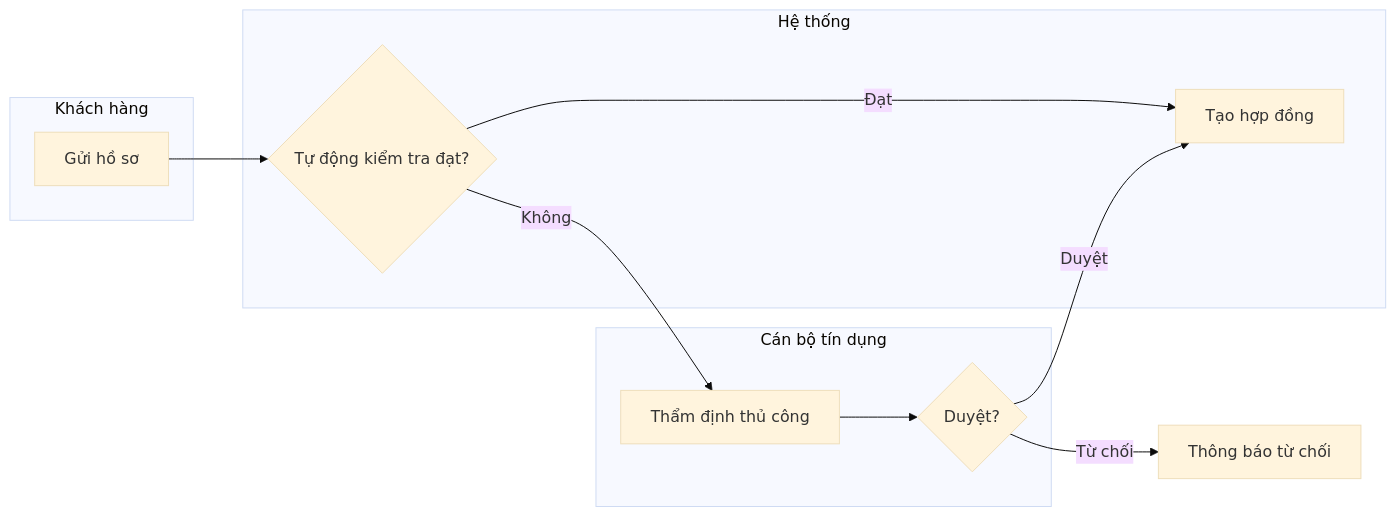
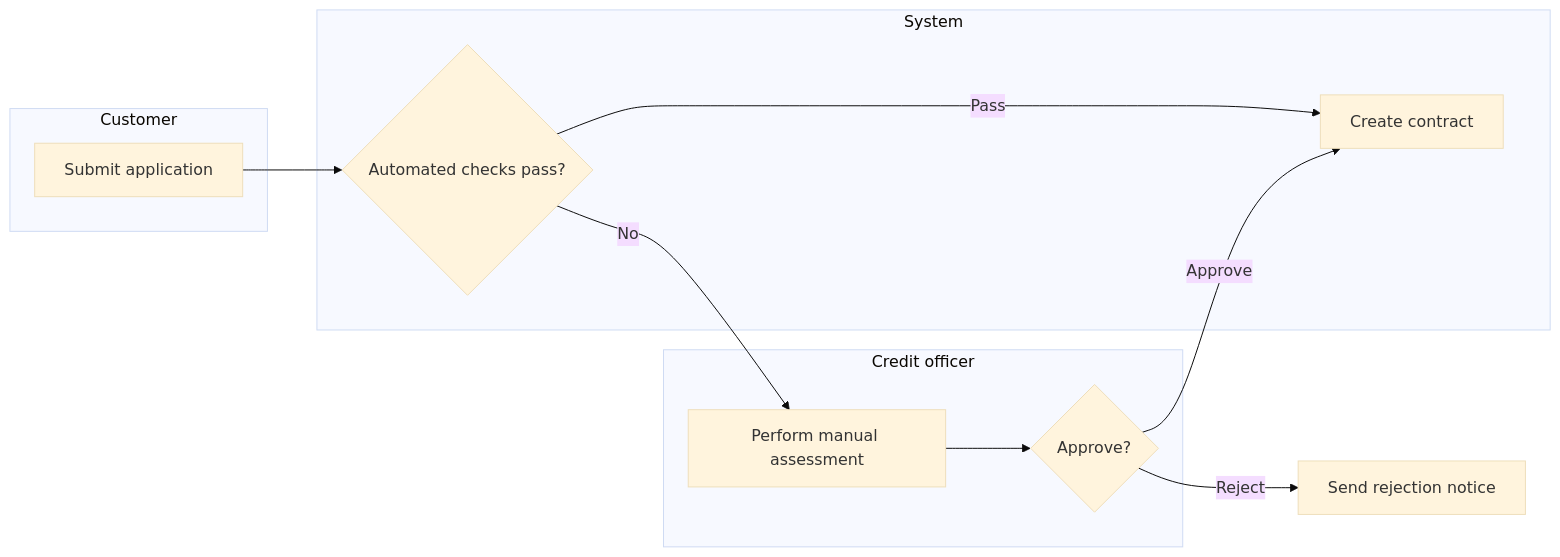
One commit to edwintruong/skills changed the first of 3 diagrams in references/1.1-problem-survey.md. Above: the diagram before and after it, drawn with Mermaid (base theme). The commit also changed other lines of this file and 25 other files, not shown here.

````diff
--- a/references/1.1-problem-survey.md
+++ b/references/1.1-problem-survey.md
@@ -144,19 +144,19 @@
 ```mermaid
 flowchart LR
-    subgraph customer[Khách hàng]
-        c1[Gửi hồ sơ]
+    subgraph customer[Customer]
+        c1[Submit application]
     end
-    subgraph system[Hệ thống]
-        s1{Tự động kiểm tra đạt?}
-        s2[Tạo hợp đồng]
+    subgraph system[System]
+        s1{Automated checks pass?}
+        s2[Create contract]
     end
-    subgraph officer[Cán bộ tín dụng]
-        o1[Thẩm định thủ công]
-        o2{Duyệt?}
+    subgraph officer[Credit officer]
+        o1[Perform manual assessment]
+        o2{Approve?}
     end
     c1 --> s1
-    s1 -->|Đạt| s2
-    s1 -->|Không| o1 --> o2
-    o2 -->|Duyệt| s2
-    o2 -->|Từ chối| rej[Thông báo từ chối]
+    s1 -->|Pass| s2
+    s1 -->|No| o1 --> o2
+    o2 -->|Approve| s2
+    o2 -->|Reject| rej[Send rejection notice]
 ```
````
